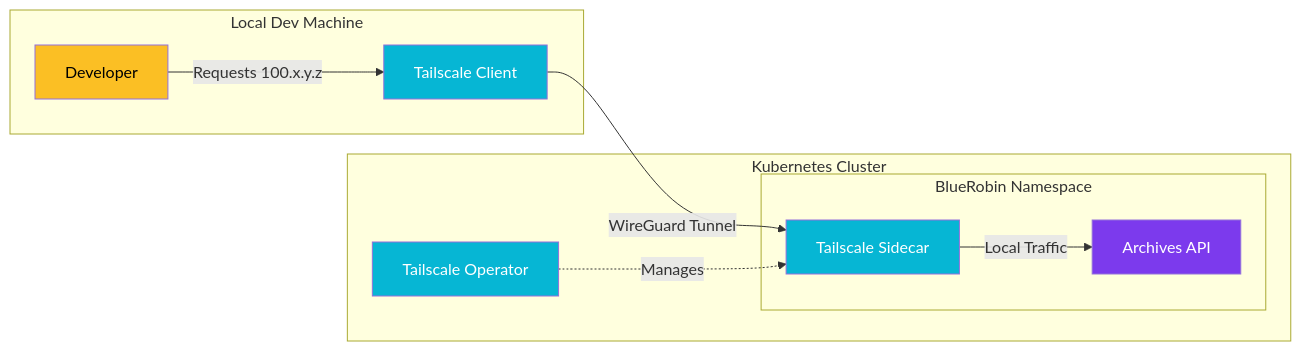
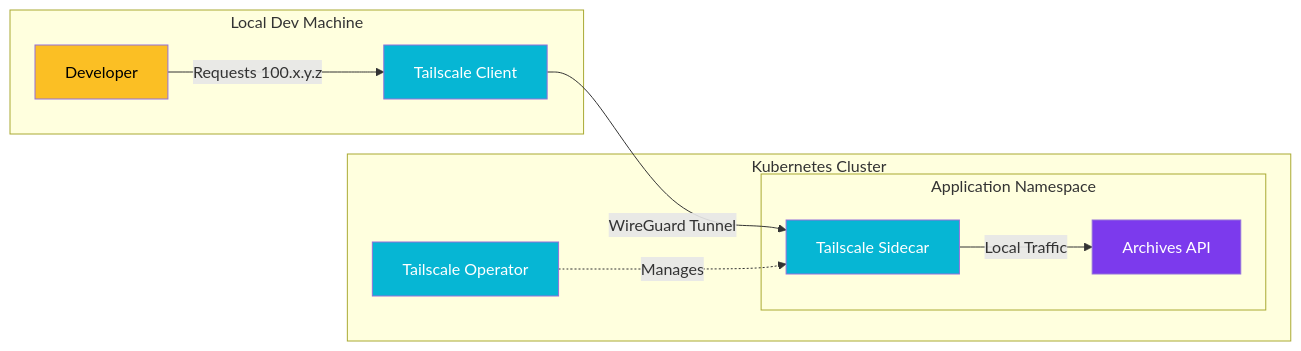
The diagram in src/content/blog/networking-setup-tailscale-homelab.mdx (viktorrobin/bluerobin-blog), drawn with Mermaid before and after one commit. The commit also changed other lines of this file and 111 other files, not shown here.

````diff
--- a/src/content/blog/networking-setup-tailscale-homelab.mdx
+++ b/src/content/blog/networking-setup-tailscale-homelab.mdx
@@ -40,30 +40,30 @@
 ```mermaid
 flowchart LR
     subgraph "Local Dev Machine"
         DevUser[Developer]
         TailscaleClient[Tailscale Client]
     end
 
     subgraph "Kubernetes Cluster"
         Operator[Tailscale Operator]
         
-        subgraph "BlueRobin Namespace"
+        subgraph "Application Namespace"
             API[Archives API]
             Sidecar[Tailscale Sidecar]
         end
     end
 
     DevUser -->|Requests 100.x.y.z| TailscaleClient
     TailscaleClient -->|WireGuard Tunnel| Sidecar
     Sidecar -->|Local Traffic| API
     Operator -.->|Manages| Sidecar
     
     classDef primary fill:#7c3aed,color:#fff
     classDef secondary fill:#06b6d4,color:#fff
     classDef db fill:#f43f5e,color:#fff
     classDef warning fill:#fbbf24,color:#000
 
     class DevUser warning
     class API primary
     class Sidecar,Operator,TailscaleClient secondary
 ```
````
